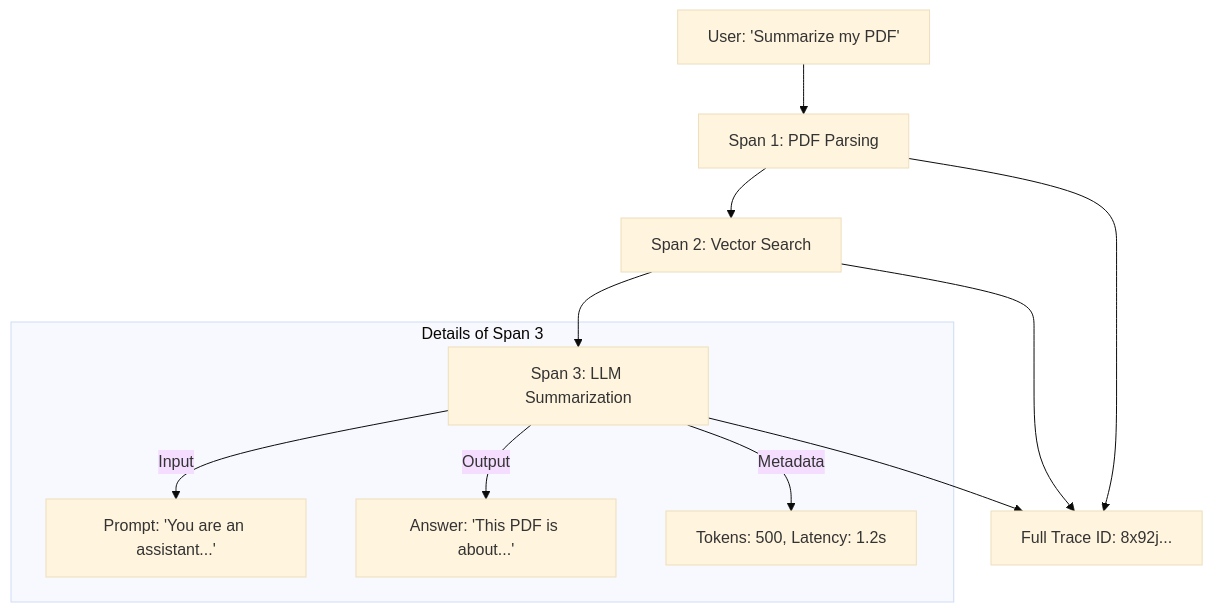
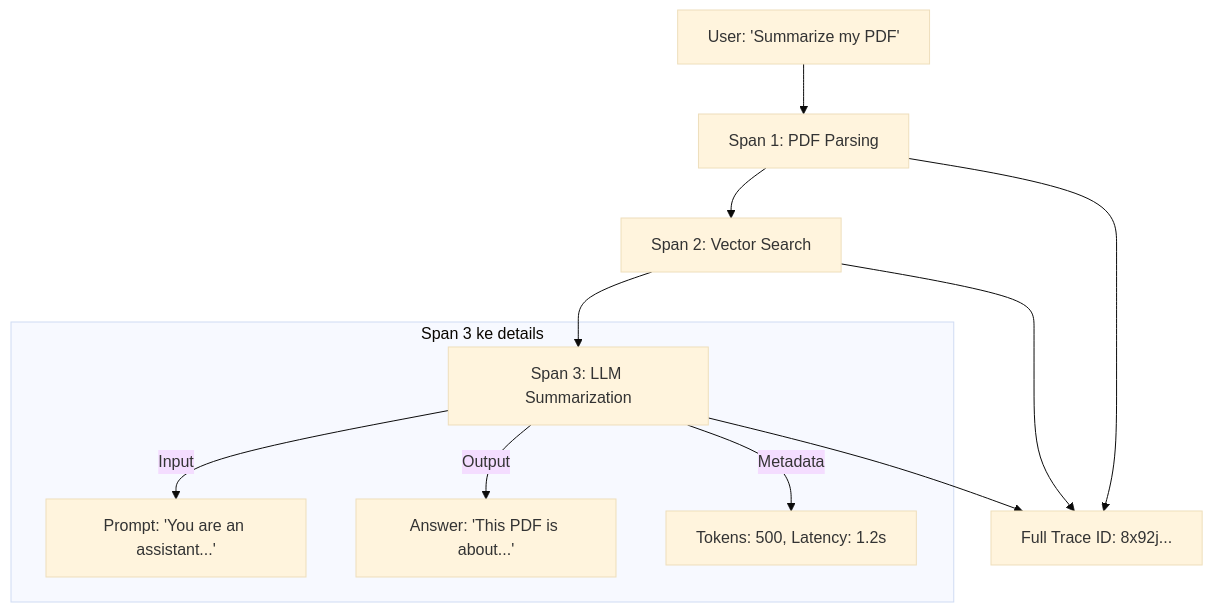
Before and after one commit to Sameer-Malik20/SusaGPT-Build-LLM-From-Scratch-With-Hinglish-Learning-Material: the diagram in docs/ai_foundations_and_ops/17_AI_Observability_and_Monitoring/Logging_and_Tracing_for_LLMs.md, drawn with Mermaid (base theme). The commit also changed other lines of this file and 131 other files, not shown here.

````diff
--- a/docs/ai_foundations_and_ops/17_AI_Observability_and_Monitoring/Logging_and_Tracing_for_LLMs.md
+++ b/docs/ai_foundations_and_ops/17_AI_Observability_and_Monitoring/Logging_and_Tracing_for_LLMs.md
@@ -64,14 +64,14 @@
 ```mermaid
 graph TD
     User[User: 'Summarize my PDF'] --> S1[Span 1: PDF Parsing]
     S1 --> S2[Span 2: Vector Search]
     S2 --> S3[Span 3: LLM Summarization]
     
-    subgraph "Details of Span 3"
+    subgraph "Span 3 ke details"
     S3 -- "Input" --> P[Prompt: 'You are an assistant...']
     S3 -- "Output" --> A[Answer: 'This PDF is about...']
     S3 -- "Metadata" --> M[Tokens: 500, Latency: 1.2s]
     end
     
     S1 & S2 & S3 --> Trace[Full Trace ID: 8x92j...]
 ```
````
